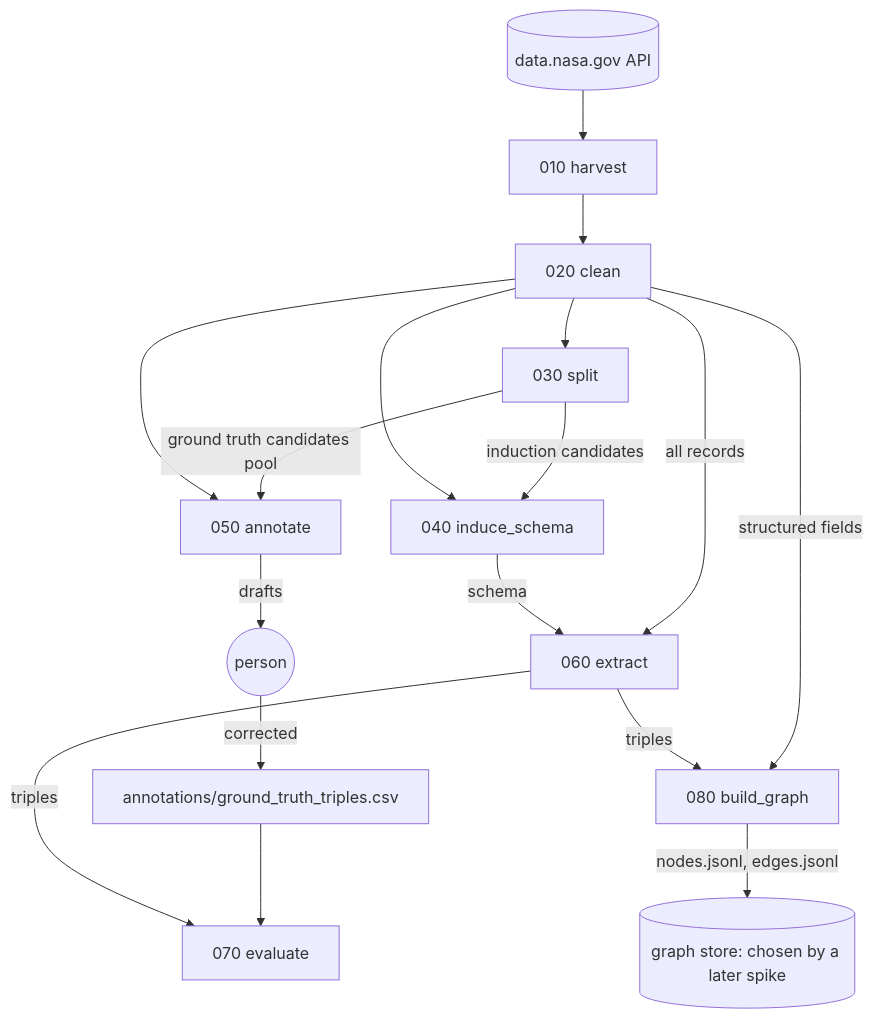
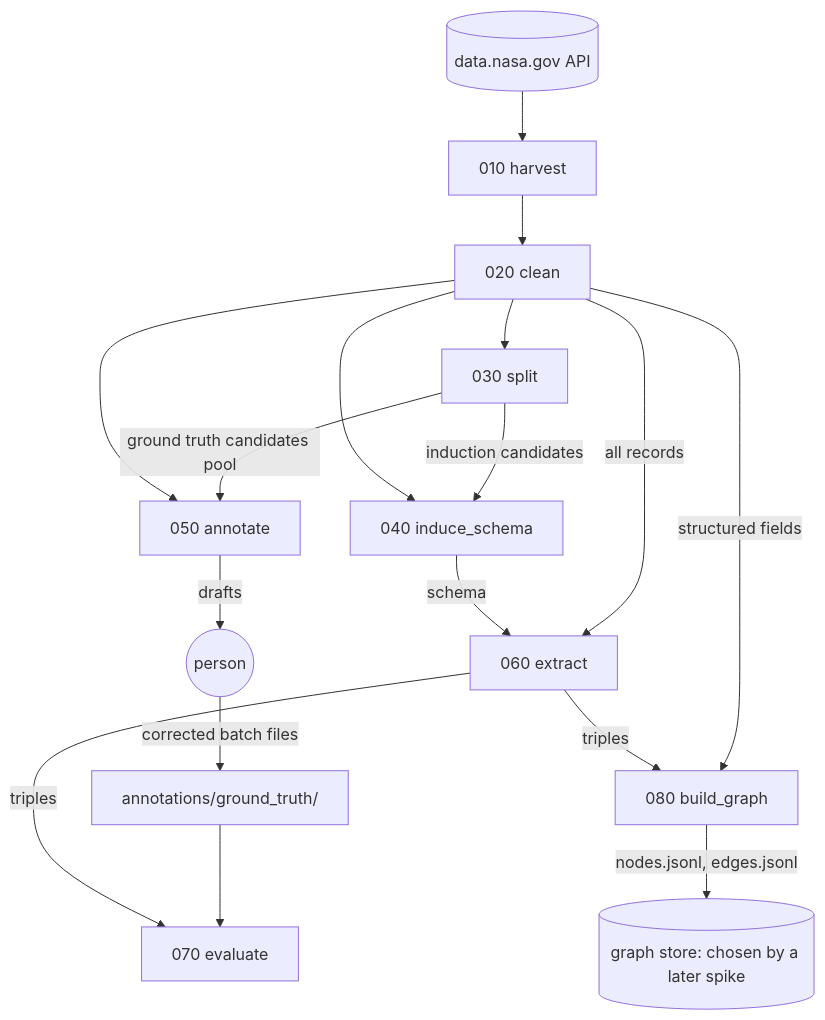
One commit to iulia-iordanescu/datanasagov_KG_proj changed the diagram in docs/pipeline_implementation_prompt.md. Above: the diagram before and after it, drawn with Mermaid. The commit also changed other lines of this file and 52 other files, not shown here.

````diff
--- a/docs/pipeline_implementation_prompt.md
+++ b/docs/pipeline_implementation_prompt.md
@@ -63,18 +63,18 @@
 ```mermaid
 flowchart TD
     API[(data.nasa.gov API)] --> H[010 harvest]
     H --> C[020 clean]
     C --> S[030 split]
     S -->|induction candidates| I[040 induce_schema]
     S -->|ground truth candidates pool| A[050 annotate]
     C -->|all records| E[060 extract]
     C --> I & A
     I -->|schema| E
     A -->|drafts| P((person))
-    P -->|corrected| GT[annotations/ground_truth_triples.csv]
+    P -->|corrected batch files| GT[annotations/ground_truth/]
     GT --> V[070 evaluate]
     E -->|triples| V
     C -->|structured fields| G[080 build_graph]
     E -->|triples| G
     G -->|nodes.jsonl, edges.jsonl| DB[(graph store: chosen by a later spike)]
 ```
````
